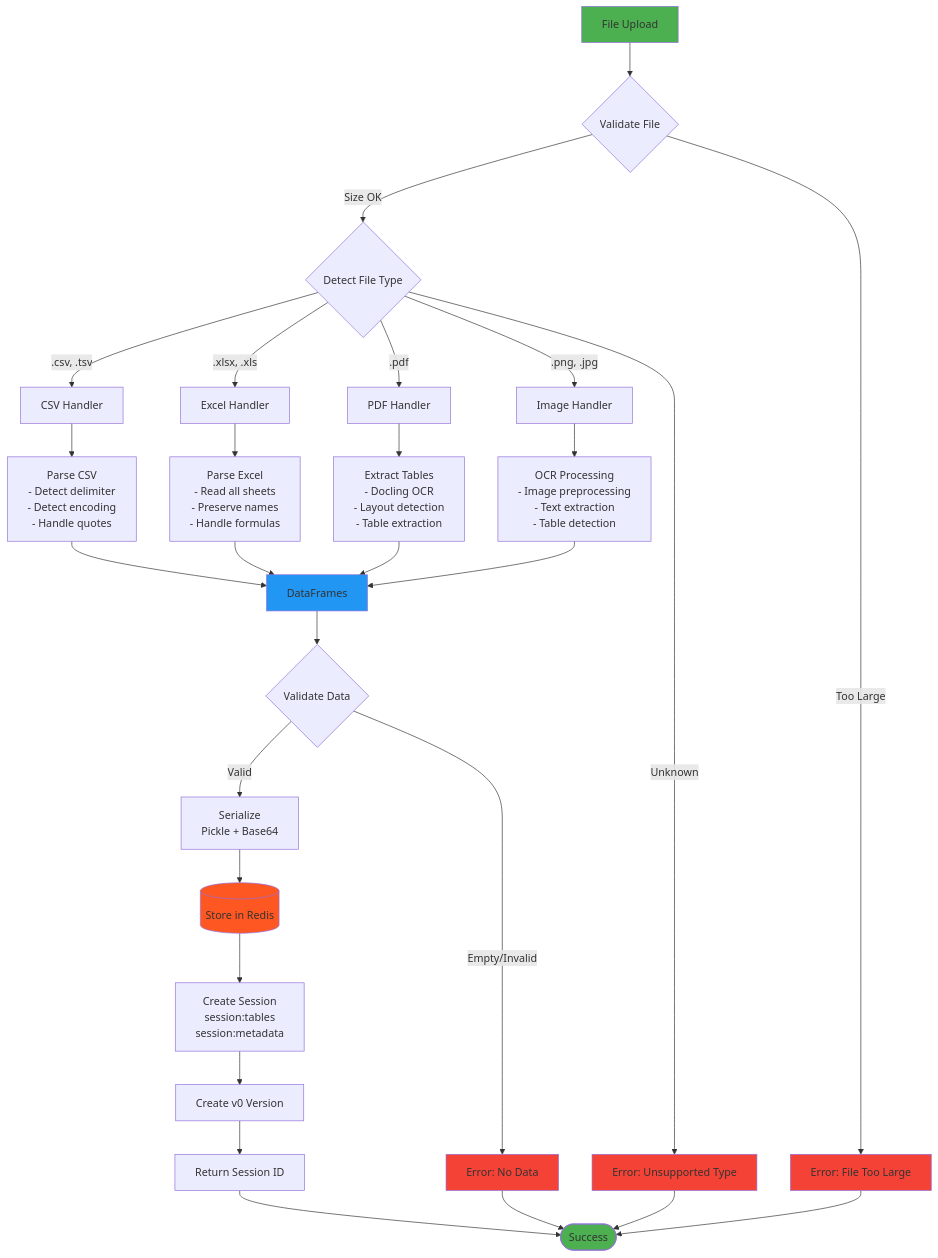
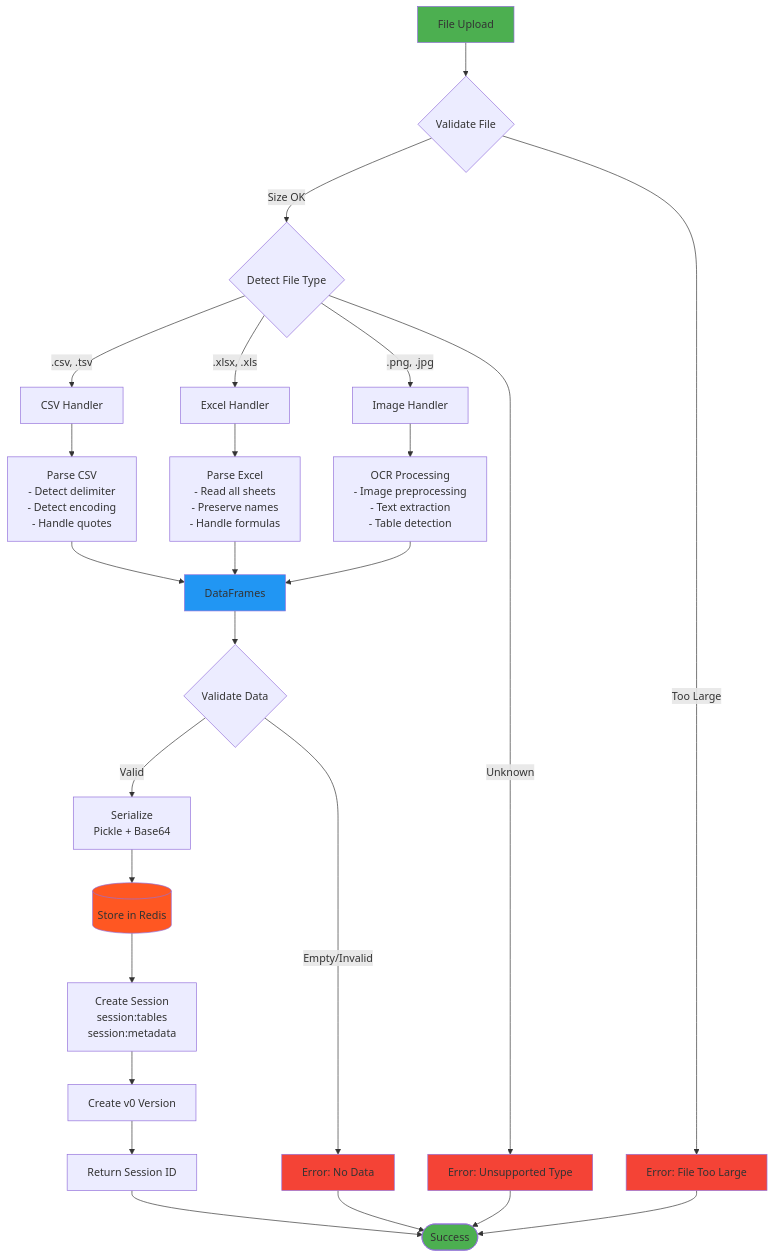
Before and after one commit to shivansh-2003/Data-Assistant: the third of 9 diagrams in README.md, drawn with Mermaid. The commit also changed other lines of this file and 8 other files, not shown here.

Commit message:
pdf handler due to memeroy issue

````diff
--- a/README.md
+++ b/README.md
@@ -200,44 +197,41 @@
 ```mermaid
 flowchart TD
     UPLOAD[File Upload] --> VALIDATE{Validate File}
     VALIDATE -->|Size OK| DETECT{Detect File Type}
     VALIDATE -->|Too Large| ERR_SIZE[Error: File Too Large]
     
     DETECT -->|.csv, .tsv| CSV[CSV Handler]
     DETECT -->|.xlsx, .xls| EXCEL[Excel Handler]
-    DETECT -->|.pdf| PDF[PDF Handler]
     DETECT -->|.png, .jpg| IMAGE[Image Handler]
     DETECT -->|Unknown| ERR_TYPE[Error: Unsupported Type]
     
     CSV --> CSV_PARSE[Parse CSV<br/>- Detect delimiter<br/>- Detect encoding<br/>- Handle quotes]
     EXCEL --> EXCEL_PARSE[Parse Excel<br/>- Read all sheets<br/>- Preserve names<br/>- Handle formulas]
-    PDF --> PDF_PARSE[Extract Tables<br/>- Docling OCR<br/>- Layout detection<br/>- Table extraction]
     IMAGE --> IMG_PARSE[OCR Processing<br/>- Image preprocessing<br/>- Text extraction<br/>- Table detection]
     
     CSV_PARSE --> DF[DataFrames]
     EXCEL_PARSE --> DF
-    PDF_PARSE --> DF
     IMG_PARSE --> DF
     
     DF --> VALIDATE_DATA{Validate Data}
     VALIDATE_DATA -->|Valid| SERIALIZE[Serialize<br/>Pickle + Base64]
     VALIDATE_DATA -->|Empty/Invalid| ERR_DATA[Error: No Data]
     
     SERIALIZE --> REDIS[(Store in Redis)]
     REDIS --> SESSION[Create Session<br/>session:tables<br/>session:metadata]
     SESSION --> VERSION[Create v0 Version]
     VERSION --> RESPONSE[Return Session ID]
     RESPONSE --> END([Success])
     
     ERR_SIZE --> END
     ERR_TYPE --> END
     ERR_DATA --> END
     
     style UPLOAD fill:#4CAF50
     style DF fill:#2196F3
     style REDIS fill:#FF5722
     style END fill:#4CAF50
     style ERR_SIZE fill:#F44336
     style ERR_TYPE fill:#F44336
     style ERR_DATA fill:#F44336
 ```
````
